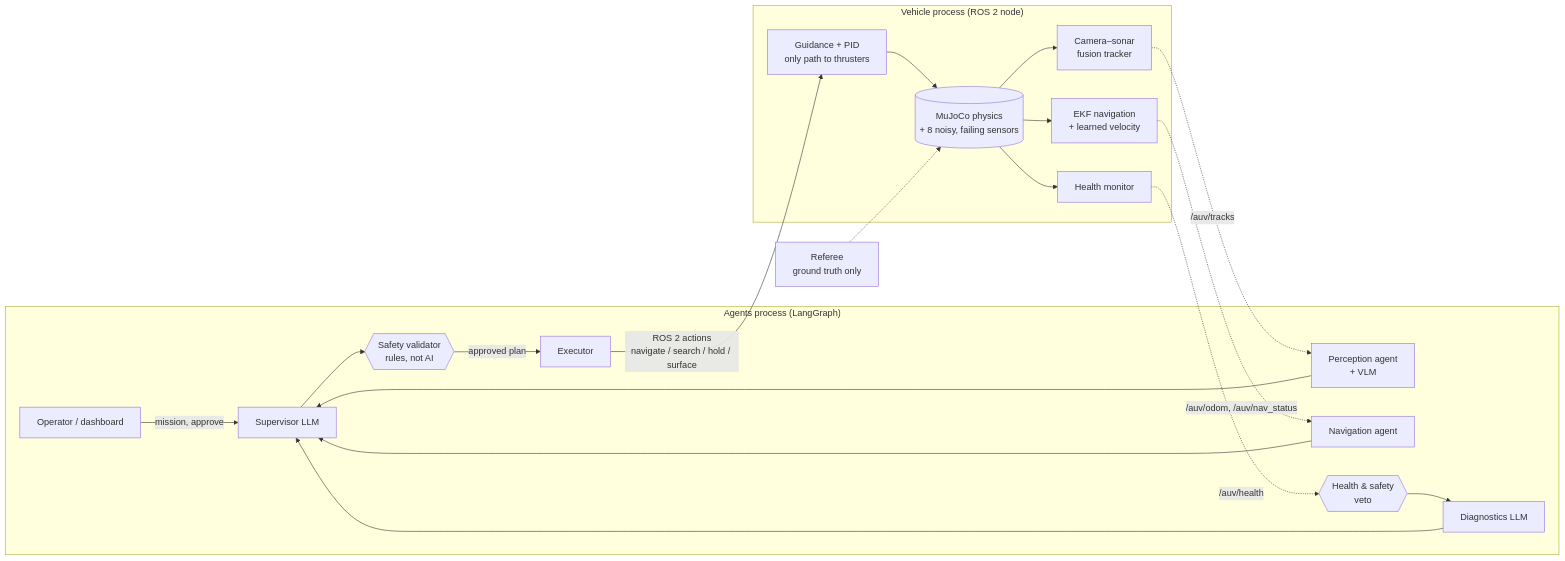
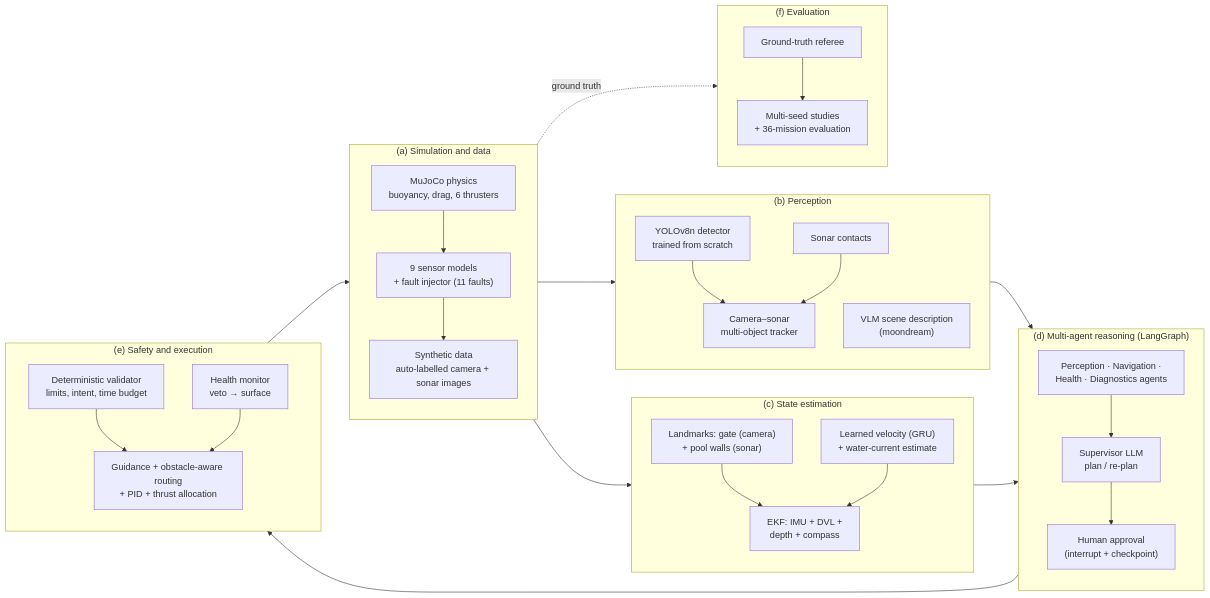
One commit to MadLad10/Agentic-AUV changed the first of 2 diagrams in README.md. Above: the diagram before and after it, drawn with Mermaid. The commit also changed other lines of this file and 1 other file, not shown here.

Commit message:
README: rewrite as a standalone project with methodology figures, sensors, models, fusion methods, problems and solutions

````diff
--- a/README.md
+++ b/README.md
@@ -71,22 +71,52 @@
 ```mermaid
 flowchart LR
-  subgraph Agents["Agents process (LangGraph)"]
-    OP[Operator / dashboard] -->|mission, approve| SUP[Supervisor LLM]
-    SUP --> VAL{{Safety validator<br/>rules, not AI}}
-    VAL -->|approved plan| EXE[Executor]
-    PER[Perception agent<br/>+ VLM] --> SUP
-    NAV[Navigation agent] --> SUP
-    HLT{{Health & safety<br/>veto}} --> DIA[Diagnostics LLM] --> SUP
+  subgraph A["(a) Simulation and data"]
+    direction TB
+    A1["MuJoCo physics<br/>buoyancy, drag, 6 thrusters"]
+    A2["9 sensor models<br/>+ fault injector (11 faults)"]
+    A3["Synthetic data<br/>auto-labelled camera + sonar images"]
+    A1 --> A2 --> A3
   end
-  EXE -->|ROS 2 actions<br/>navigate / search / hold / surface| VEH
-  subgraph Vehicle["Vehicle process (ROS 2 node)"]
-    VEH[Guidance + PID<br/>only path to thrusters] --> SIM[(MuJoCo physics<br/>+ 8 noisy, failing sensors)]
-    SIM --> NAVF[EKF navigation<br/>+ learned velocity]
-    SIM --> FUS[Camera–sonar<br/>fusion tracker]
-    SIM --> HM[Health monitor]
+  subgraph B["(b) Perception"]
+    direction TB
+    B1["YOLOv8n detector<br/>trained from scratch"]
+    B2["Sonar contacts"]
+    B3["Camera–sonar<br/>multi-object tracker"]
+    B4["VLM scene description<br/>(moondream)"]
+    B1 --> B3
+    B2 --> B3
   end
-  NAVF -. /auv/odom, /auv/nav_status .-> NAV
-  FUS -. /auv/tracks .-> PER
-  HM -. /auv/health .-> HLT
-  REF[Referee<br/>ground truth only] -.-> SIM
+  subgraph C["(c) State estimation"]
+    direction TB
+    C1["EKF: IMU + DVL +<br/>depth + compass"]
+    C2["Landmarks: gate (camera)<br/>+ pool walls (sonar)"]
+    C3["Learned velocity (GRU)<br/>+ water-current estimate"]
+    C2 --> C1
+    C3 --> C1
+  end
+  subgraph D["(d) Multi-agent reasoning (LangGraph)"]
+    direction TB
+    D1["Supervisor LLM<br/>plan / re-plan"]
+    D2["Perception · Navigation ·<br/>Health · Diagnostics agents"]
+    D3["Human approval<br/>(interrupt + checkpoint)"]
+    D2 --> D1 --> D3
+  end
+  subgraph E["(e) Safety and execution"]
+    direction TB
+    E1["Deterministic validator<br/>limits, intent, time budget"]
+    E2["Health monitor<br/>veto → surface"]
+    E3["Guidance + obstacle-aware routing<br/>+ PID + thrust allocation"]
+    E1 --> E3
+    E2 --> E3
+  end
+  subgraph F["(f) Evaluation"]
+    direction TB
+    F1["Ground-truth referee"]
+    F2["Multi-seed studies<br/>+ 36-mission evaluation"]
+    F1 --> F2
+  end
+  A --> B --> D
+  A --> C --> D
+  D --> E --> A
+  A -. ground truth .-> F
 ```
````
